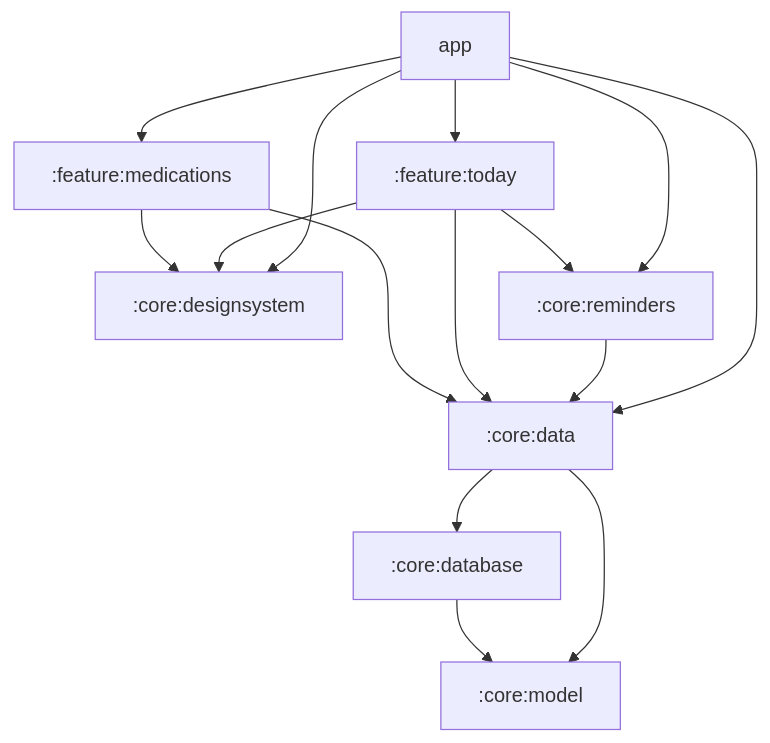
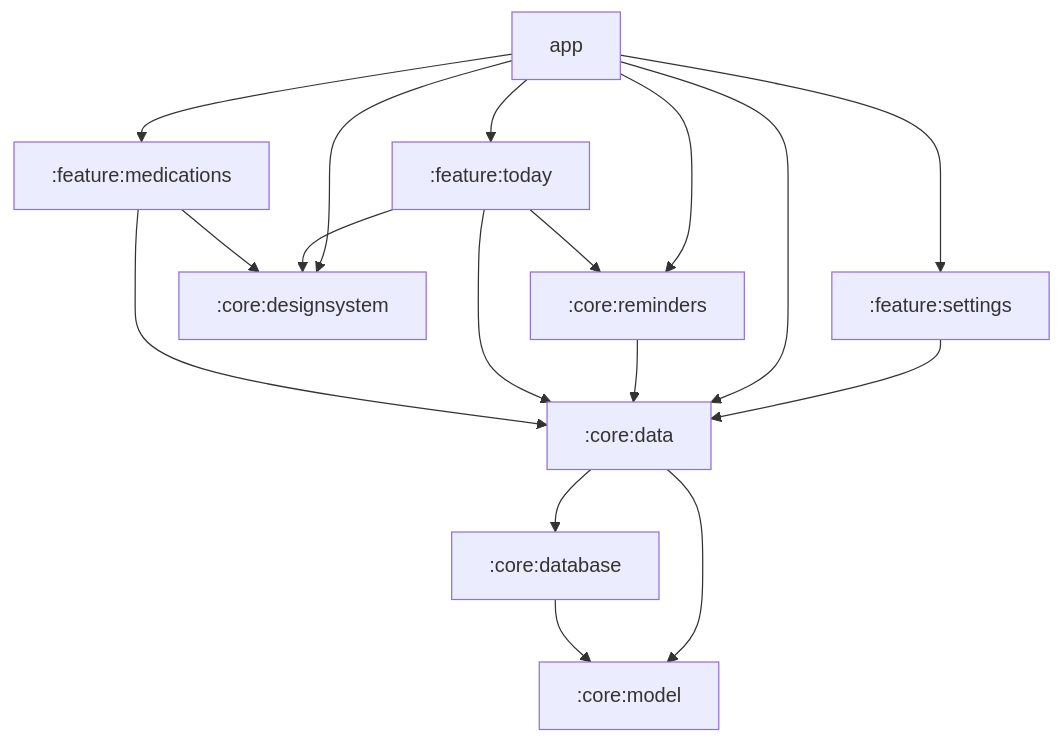
One commit to Sravanthipanga/kairo-android changed the diagram in README.md. Above: the diagram before and after it, drawn with Mermaid. The commit also changed other lines of this file and 26 other files, not shown here.

````diff
--- a/README.md
+++ b/README.md
@@ -47,17 +57,19 @@
 ```mermaid
 graph TD
     app --> feature_today[":feature:today"]
     app --> feature_medications[":feature:medications"]
+    app --> feature_settings[":feature:settings"]
+    feature_settings --> core_data
     app --> core_designsystem[":core:designsystem"]
     app --> core_data[":core:data"]
     app --> core_reminders[":core:reminders"]
     feature_today --> core_reminders
     core_reminders --> core_data
     feature_today --> core_data
     feature_today --> core_designsystem
     feature_medications --> core_data
     feature_medications --> core_designsystem
     core_data --> core_database[":core:database"]
     core_data --> core_model[":core:model"]
     core_database --> core_model
 ```
````
